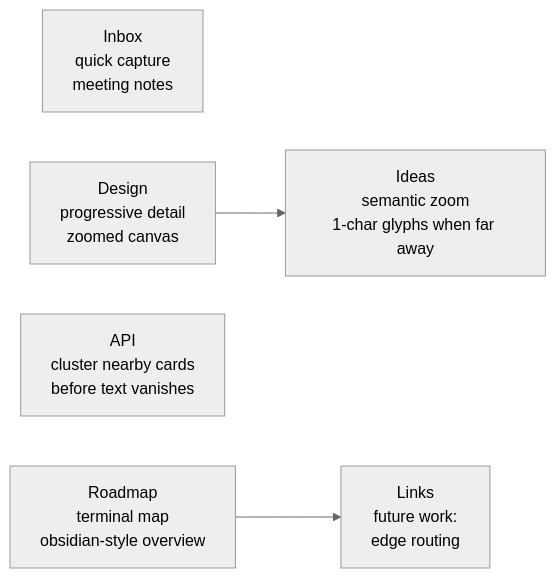
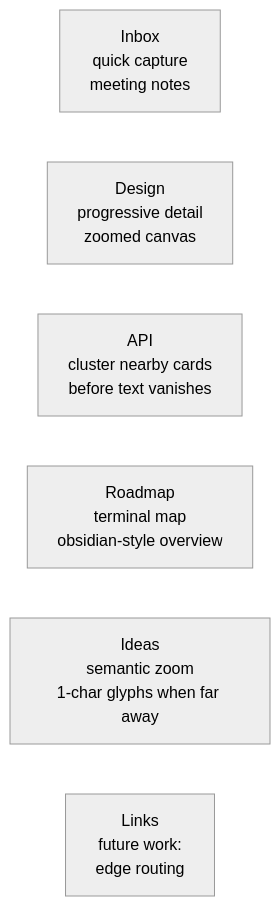
The diagram in graph.mmd (RohanAdwankar/oxmap), drawn with Mermaid (neutral theme) before and after one commit. The commit also changed 1 other file, not shown here.

Commit message:
change default behavior to fresh diagram

```diff
--- a/graph.mmd
+++ b/graph.mmd
@@ -1,40 +1,38 @@
 graph LR
     a[Inbox<br/>quick capture<br/>meeting notes]
     d[Design<br/>progressive detail<br/>zoomed canvas]
     p[API<br/>cluster nearby cards<br/>before text vanishes]
     r[Roadmap<br/>terminal map<br/>obsidian-style overview]
     i[Ideas<br/>semantic zoom<br/>1-char glyphs when far away]
     l[Links<br/>future work:<br/>edge routing]
-    d --> i
-    r --> l
 
 %% OXDRAW LAYOUT START
 %% {
 %%   "nodes": {
 %%     "a": {
 %%       "x": -30.0,
 %%       "y": -8.0
 %%     },
 %%     "p": {
 %%       "x": 29.0,
 %%       "y": -4.0
 %%     },
 %%     "i": {
 %%       "x": 15.0,
 %%       "y": 13.0
 %%     },
 %%     "r": {
 %%       "x": -18.0,
 %%       "y": 10.0
 %%     },
 %%     "d": {
 %%       "x": -2.0,
 %%       "y": -12.0
 %%     },
 %%     "l": {
 %%       "x": 52.0,
 %%       "y": 16.0
 %%     }
 %%   }
 %% }
 %% OXDRAW LAYOUT END
```
